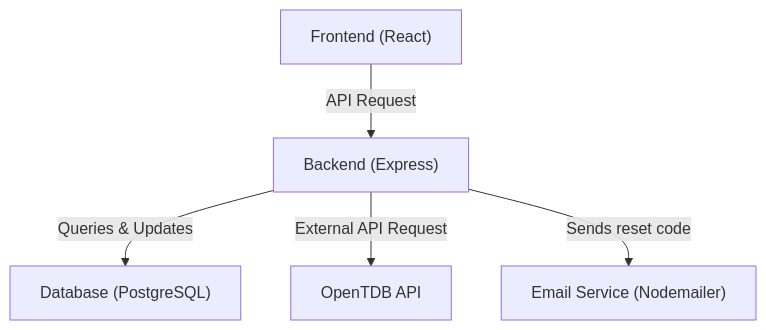
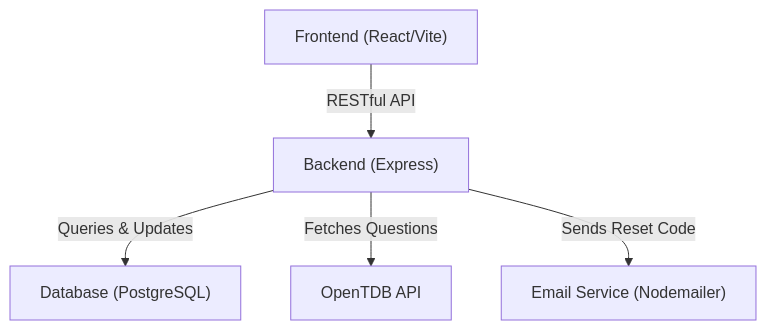
Before and after one commit to shamitsoni/Quiz-App: the first of 2 diagrams in README.md, drawn with Mermaid. The commit also changed other lines of this file, not shown here.

````diff
--- a/README.md
+++ b/README.md
@@ -29,7 +29,7 @@
 ```mermaid
 flowchart TD
-    FE["Frontend (React)"] -->|API Request| BE["Backend (Express)"]
+    FE["Frontend (React/Vite)"] -->|RESTful API| BE["Backend (Express)"]
     BE -->|Queries & Updates| DB["Database (PostgreSQL)"]
-    BE -->|External API Request| API["OpenTDB API"]
-    BE -->|Sends reset code| EMAIL["Email Service (Nodemailer)"]
+    BE -->|Fetches Questions| API["OpenTDB API"]
+    BE -->|Sends Reset Code| EMAIL["Email Service (Nodemailer)"]
 ```
````
